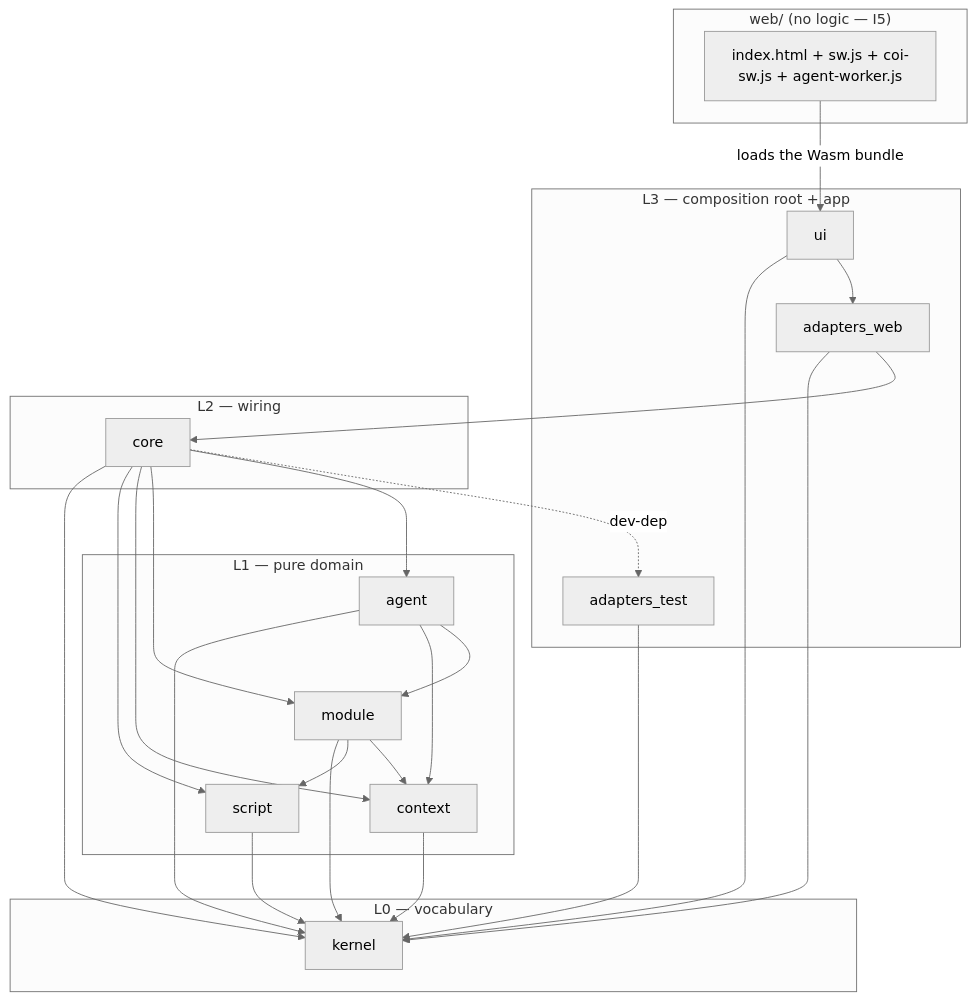
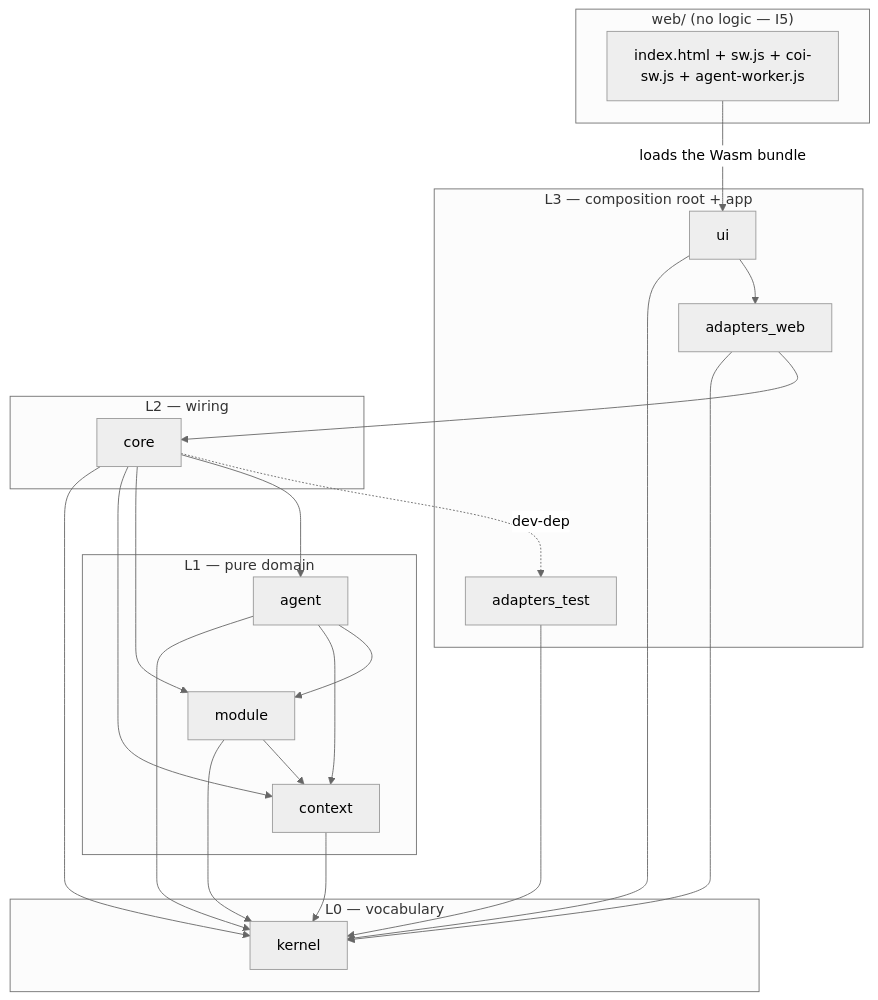
One commit to kaush4l/ASKK changed the diagram in ARCHITECTURE.md. Above: the diagram before and after it, drawn with Mermaid (neutral theme). The commit also changed other lines of this file and 36 other files, not shown here.

````diff
--- a/ARCHITECTURE.md
+++ b/ARCHITECTURE.md
@@ -178,39 +191,36 @@
 ```mermaid
 graph TD
   subgraph browser["web/ (no logic — I5)"]
     T[index.html + sw.js + coi-sw.js + agent-worker.js]
   end
   subgraph L3["L3 — composition root + app"]
     UI[ui]
     AW[adapters_web]
     AT[adapters_test]
   end
   subgraph L2["L2 — wiring"]
     CORE[core]
   end
   subgraph L1["L1 — pure domain"]
     AG[agent] --> MO[module]
     AG --> CX[context]
     MO --> CX
-    MO --> SC[script]
   end
   subgraph L0["L0 — vocabulary"]
     K[kernel]
   end
   T -->|loads the Wasm bundle| UI
   UI --> AW
   UI --> K
   AW --> CORE
   CORE -. dev-dep .-> AT
   CORE --> AG
   CORE --> MO
   CORE --> CX
-  CORE --> SC
   CX --> K
-  SC --> K
   MO --> K
   AG --> K
   CORE --> K
   AW --> K
   AT --> K
 ```
````
